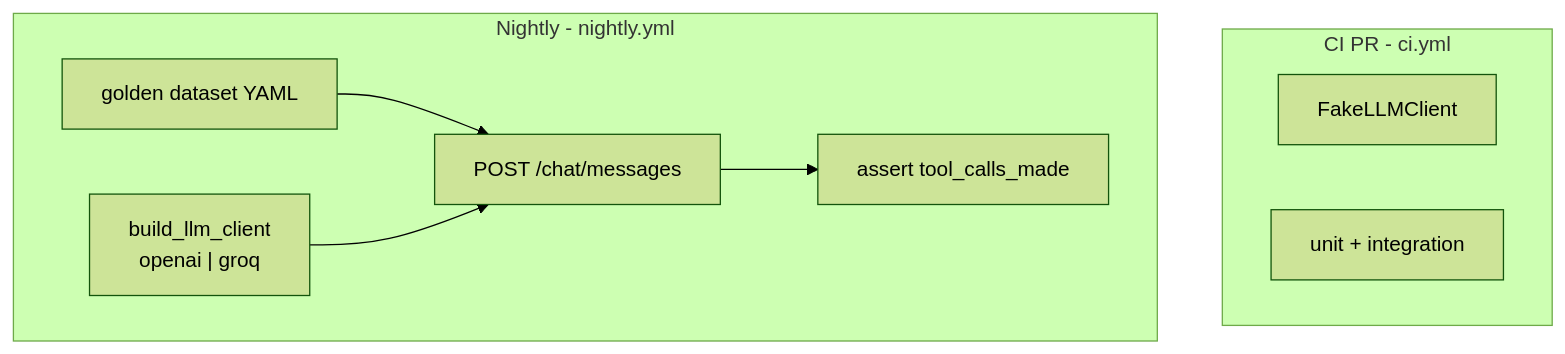
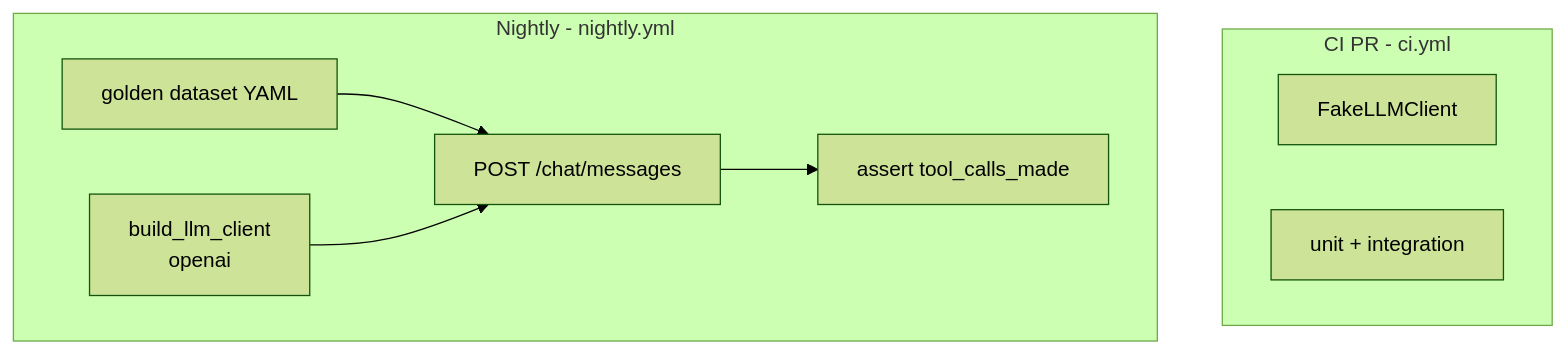
The first of 2 diagrams in specs/SPEC-021-chat-accuracy-e2e-nightly.md (mchjohn/convertreino), drawn with Mermaid (forest theme) before and after one commit. The commit also changed other lines of this file and 3 other files, not shown here.

````diff
--- a/specs/SPEC-021-chat-accuracy-e2e-nightly.md
+++ b/specs/SPEC-021-chat-accuracy-e2e-nightly.md
@@ -24,16 +24,16 @@
 ```mermaid
 flowchart TB
   subgraph prCI [CI PR - ci.yml]
     FakeLLM["FakeLLMClient"]
     UnitInt["unit + integration"]
   end
   subgraph nightlyCI [Nightly - nightly.yml]
     Golden["golden dataset YAML"]
-    RealLLM["build_llm_client\nopenai | groq"]
+    RealLLM["build_llm_client\nopenai"]
     HTTP["POST /chat/messages"]
     Assert["assert tool_calls_made"]
   end
   Golden --> HTTP
   RealLLM --> HTTP
   HTTP --> Assert
 ```
````
